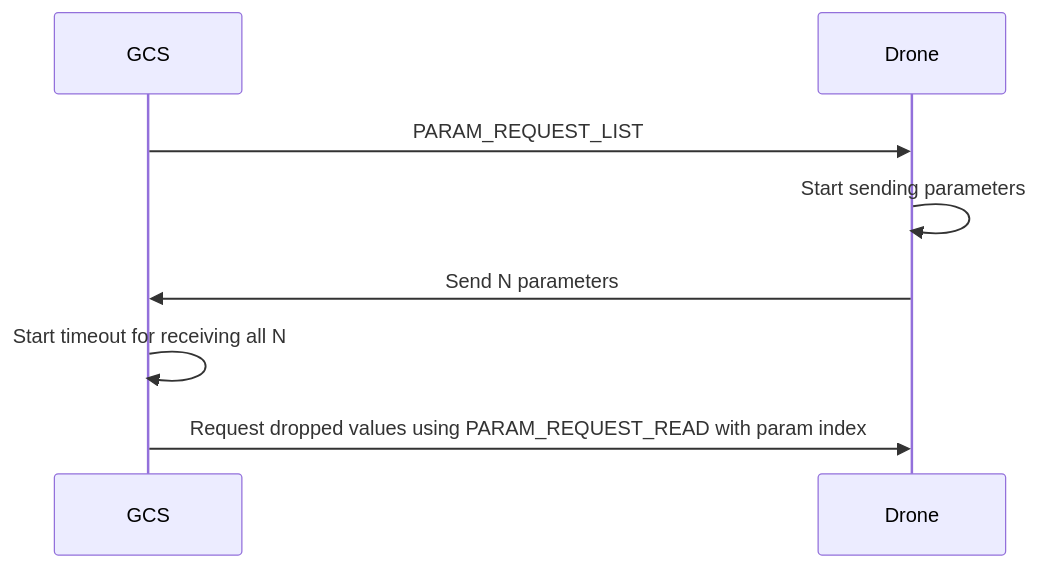
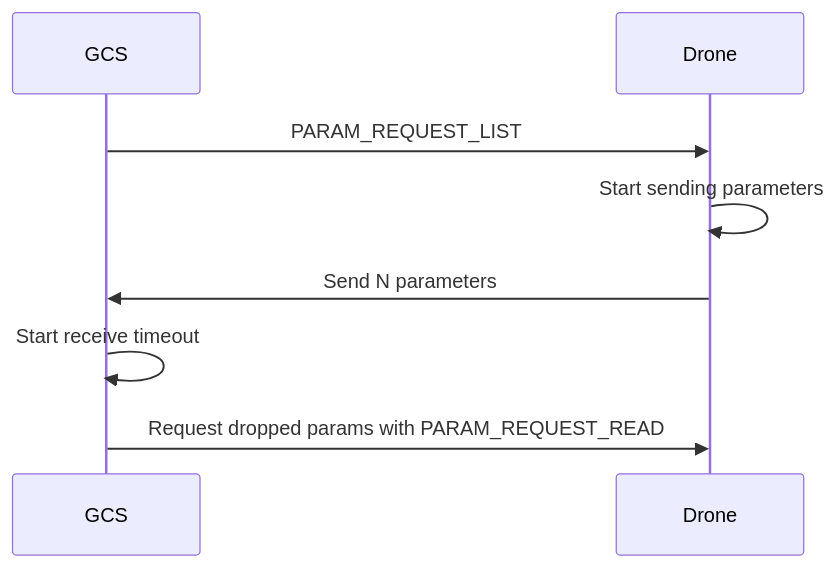
Before and after one commit to mavlink/mavlink-devguide: the diagram in parameter-protocol.md, drawn with Mermaid.

Commit message:
Updates parameter-protocol.md
Auto commit by GitBook Editor

```diff
--- a/parameter-protocol.md
+++ b/parameter-protocol.md
@@ -5,11 +5,11 @@
 {% mermaid %}
 sequenceDiagram;
     participant GCS
     participant Drone
     GCS->>Drone: PARAM_REQUEST_LIST
     Drone->>Drone: Start sending parameters
     Drone->>GCS: Send N parameters
-    GCS->>GCS: Start timeout for receiving all N
-    GCS->>Drone: Request dropped values using PARAM_REQUEST_READ with param index
+    GCS->>GCS: Start receive timeout
+    GCS->>Drone: Request dropped params with PARAM_REQUEST_READ
 
 {% endmermaid %}
```
